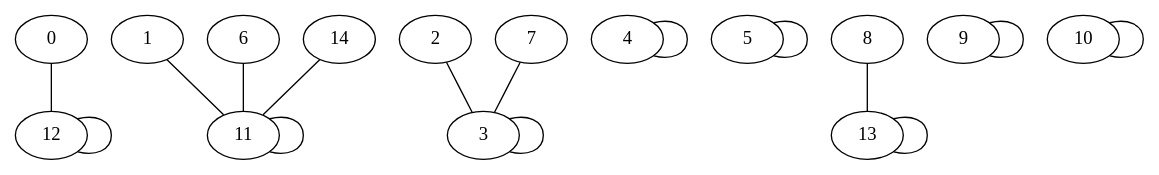
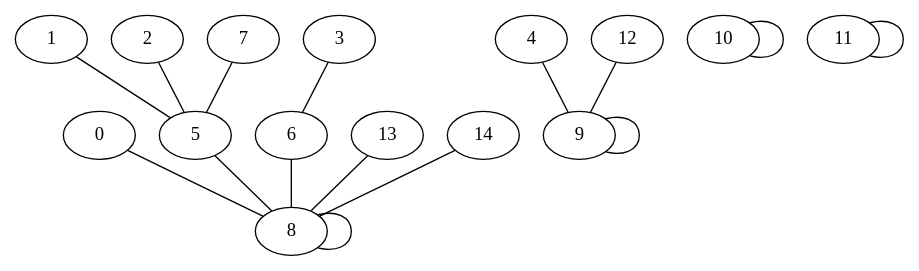
Before and after one commit to evlrs/Labyrinthe: the diagram in partition/dorian/graph_part.dot, drawn with Graphviz. The commit also changed 23 other files, not shown here.

```diff
--- a/partition/dorian/graph_part.dot
+++ b/partition/dorian/graph_part.dot
@@ -1,17 +1,17 @@
 graph {
-	 0 -- 12;
-	 1 -- 11;
-	 2 -- 3;
-	 3 -- 3;
-	 4 -- 4;
-	 5 -- 5;
-	 6 -- 11;
-	 7 -- 3;
-	 8 -- 13;
+	 0 -- 8;
+	 1 -- 5;
+	 2 -- 5;
+	 3 -- 6;
+	 4 -- 9;
+	 5 -- 8;
+	 6 -- 8;
+	 7 -- 5;
+	 8 -- 8;
 	 9 -- 9;
 	 10 -- 10;
 	 11 -- 11;
-	 12 -- 12;
-	 13 -- 13;
-	 14 -- 11;
+	 12 -- 9;
+	 13 -- 8;
+	 14 -- 8;
 }
```
